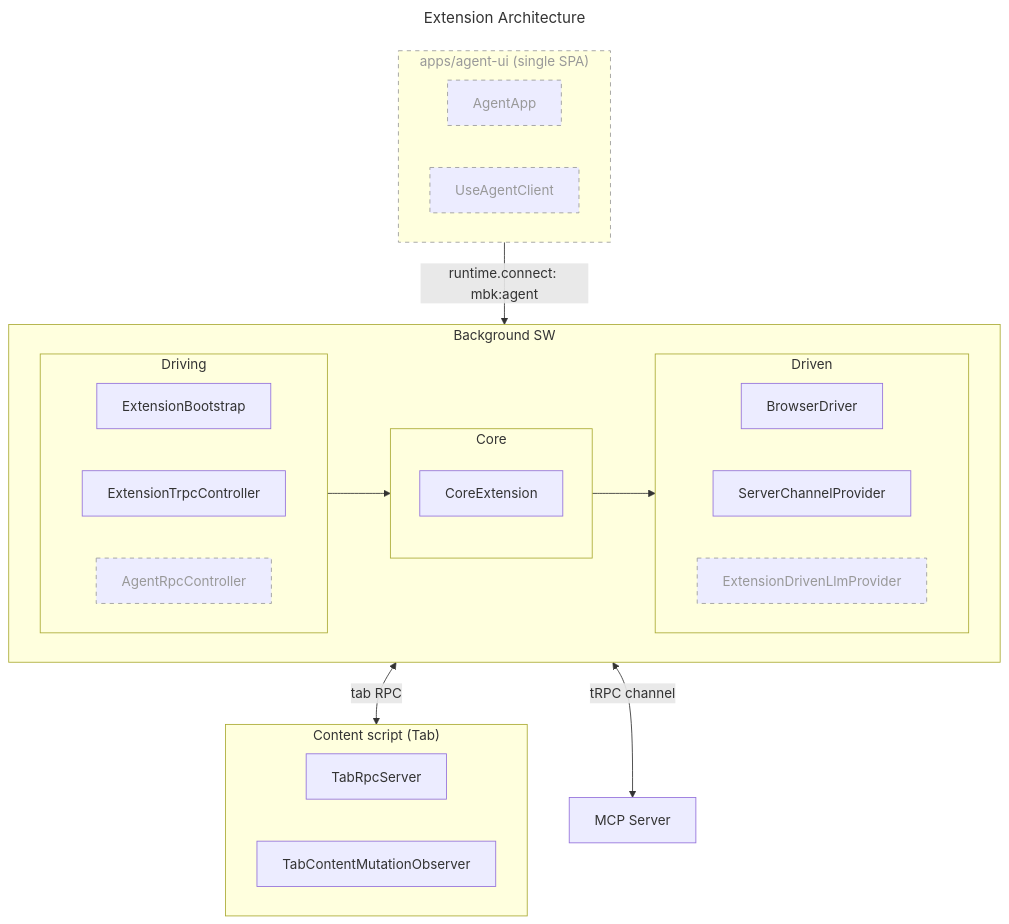
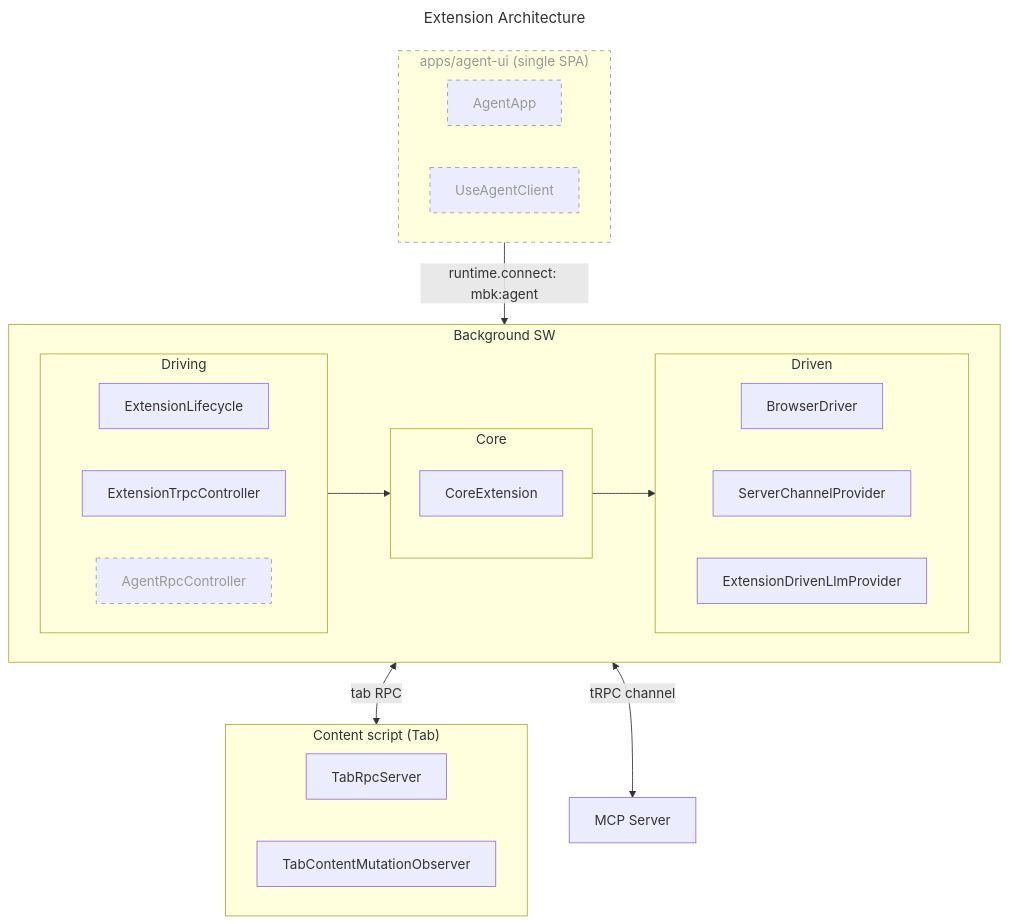
Before and after one commit to ndthanhdev/mcp-browser-kit: the eighth of 11 diagrams in docs/architecture.md, drawn with Mermaid. The commit also changed other lines of this file and 45 other files, not shown here.

First line of the commit message:
feat: gate browser-agent per app, rename ExtensionBootstrap to ExtensionLifecycle (#159)

````diff
--- a/docs/architecture.md
+++ b/docs/architecture.md
@@ -236,42 +231,42 @@
 ```mermaid
 ---
 title: Extension Architecture
 ---
 flowchart TB
   subgraph AgentUi["apps/agent-ui (single SPA)"]
     direction LR
     AgentApp
     UseAgentClient
   end
   subgraph Background["Background SW"]
     subgraph BgDriving["Driving"]
       direction LR
-      ExtensionBootstrap
+      ExtensionLifecycle
       ExtensionTrpcController
       AgentRpcController
     end
     subgraph BgCore["Core"]
       CoreExtension
     end
     subgraph BgDriven["Driven"]
       direction LR
       BrowserDriver
       ServerChannelProvider
       ExtensionDrivenLlmProvider
     end
     BgDriving --> BgCore --> BgDriven
   end
   subgraph Tab["Content script (Tab)"]
     direction LR
     TabRpcServer
     TabContentMutationObserver
   end
   Server["MCP Server"]
 
   AgentUi -->|"runtime.connect: mbk:agent"| Background
   Background <-->|"tab RPC"| Tab
   Background <-->|"tRPC channel"| Server
 
   classDef planned stroke-dasharray:5 5,stroke:#999,color:#999;
-  class AgentUi,AgentApp,UseAgentClient,AgentRpcController,ExtensionDrivenLlmProvider planned;
+  class AgentUi,AgentApp,UseAgentClient,AgentRpcController planned;
 ```
````
